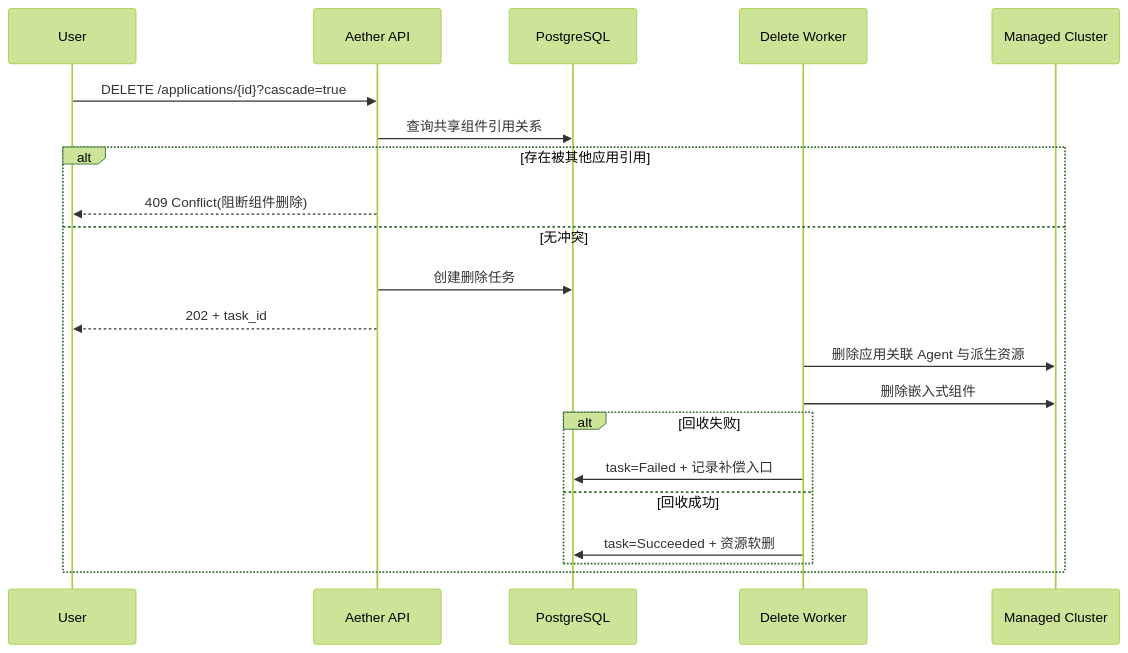
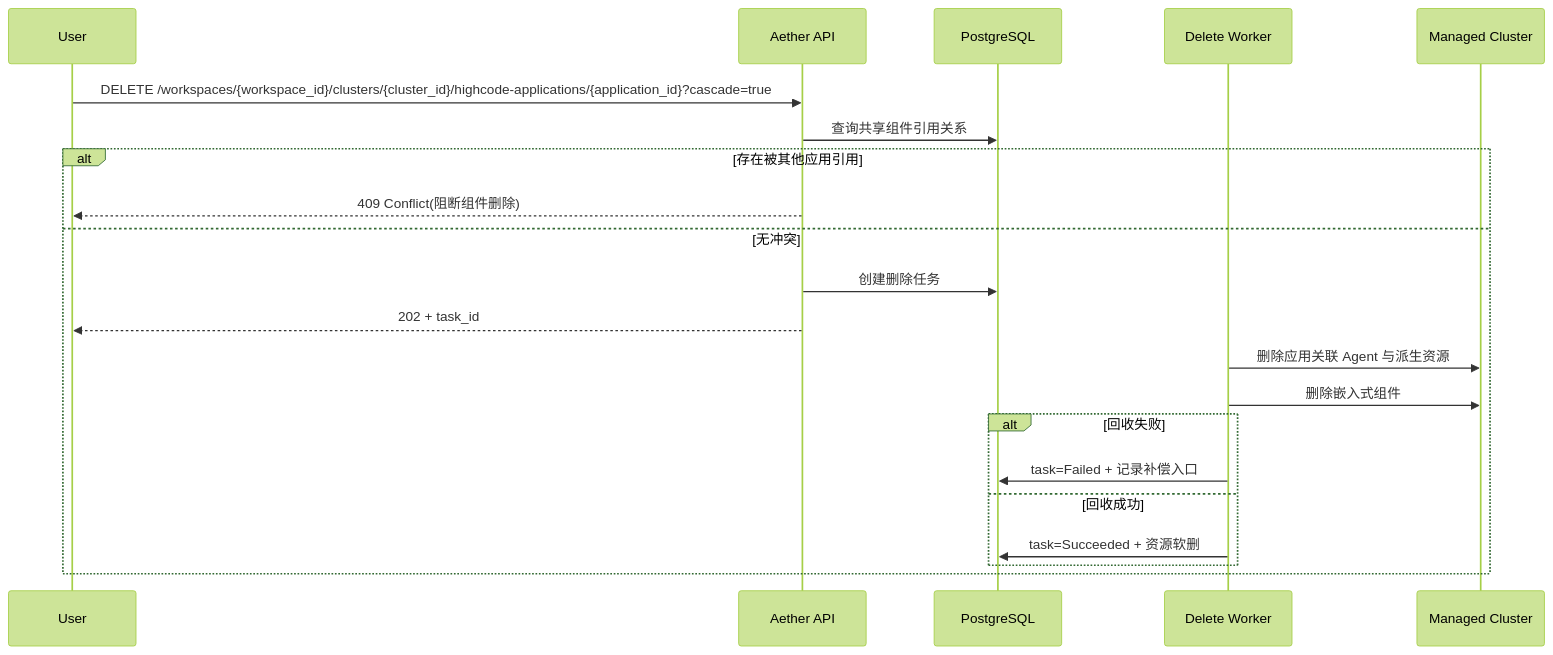
The sixth of 23 diagrams in docs/design.md (sentanl869/aether), drawn with Mermaid (forest theme) before and after one commit. The commit also changed other lines of this file and 2 other files, not shown here.

````diff
--- a/docs/design.md
+++ b/docs/design.md
@@ -389,24 +390,24 @@
 ```mermaid
 sequenceDiagram
   participant User as User
   participant API as Aether API
   participant DB as PostgreSQL
   participant W as Delete Worker
   participant K8S as Managed Cluster
 
-  User->>API: DELETE /applications/{id}?cascade=true
+  User->>API: DELETE /workspaces/{workspace_id}/clusters/{cluster_id}/highcode-applications/{application_id}?cascade=true
   API->>DB: 查询共享组件引用关系
   alt 存在被其他应用引用
     API-->>User: 409 Conflict(阻断组件删除)
   else 无冲突
     API->>DB: 创建删除任务
     API-->>User: 202 + task_id
     W->>K8S: 删除应用关联 Agent 与派生资源
     W->>K8S: 删除嵌入式组件
     alt 回收失败
       W->>DB: task=Failed + 记录补偿入口
     else 回收成功
       W->>DB: task=Succeeded + 资源软删
     end
   end
 ```
````
